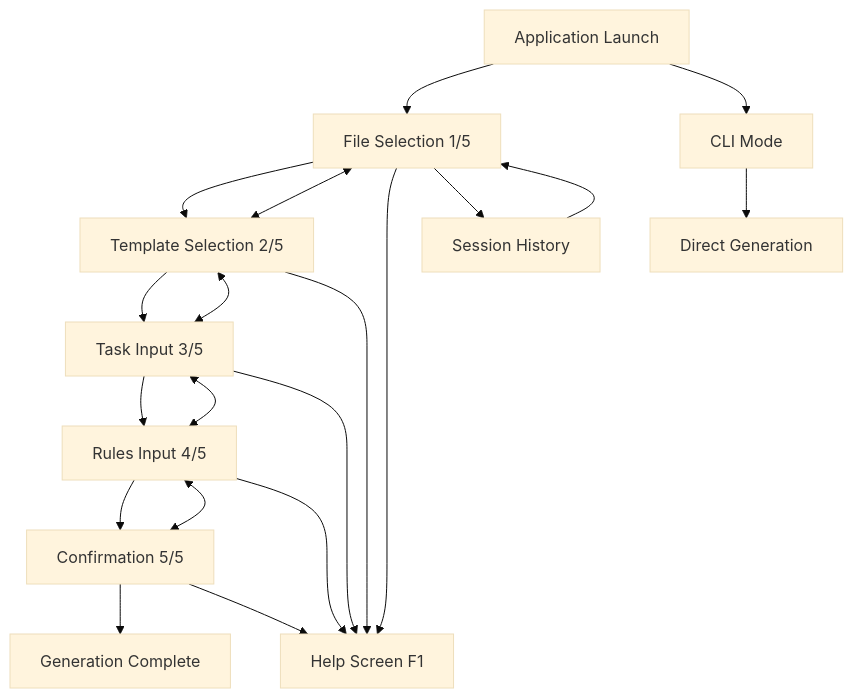
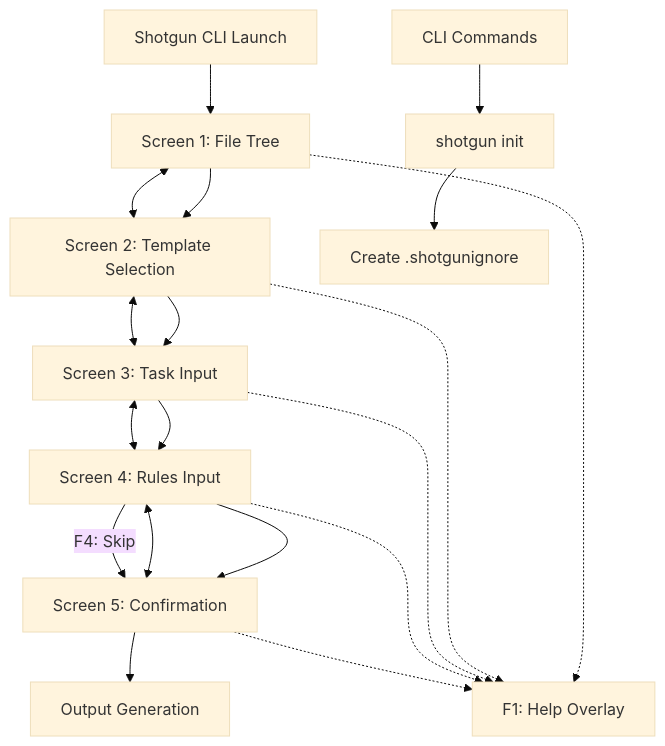
The first of 3 diagrams in docs/front-end-spec.md (quantmind-br/shotgun), drawn with Mermaid (base theme) before and after one commit. The commit also changed other lines of this file and 67 other files, not shown here.

````diff
--- a/docs/front-end-spec.md
+++ b/docs/front-end-spec.md
@@ -42,26 +55,25 @@
 ```mermaid
 graph TD
-    A[Application Launch] --> B[File Selection 1/5]
-    B --> C[Template Selection 2/5]
-    C --> D[Task Input 3/5]
-    D --> E[Rules Input 4/5]
-    E --> F[Confirmation 5/5]
-    F --> G[Generation Complete]
+    A[Shotgun CLI Launch] --> B[Screen 1: File Tree]
+    B --> C[Screen 2: Template Selection]
+    C --> D[Screen 3: Task Input]
+    D --> E[Screen 4: Rules Input]
+    E --> F[Screen 5: Confirmation]
+    F --> G[Output Generation]
+    
+    B -.-> H[F1: Help Overlay]
+    C -.-> H
+    D -.-> H
+    E -.-> H
+    F -.-> H
     
     B <--> C
     C <--> D
     D <--> E
     E <--> F
     
-    B --> H[Help Screen F1]
-    C --> H
-    D --> H
-    E --> H
-    F --> H
+    E --> |F4: Skip| F
     
-    A --> I[CLI Mode]
-    I --> J[Direct Generation]
-    
-    B --> K[Session History]
-    K --> B
+    A2[CLI Commands] --> I[shotgun init]
+    I --> J[Create .shotgunignore]
 ```
````
